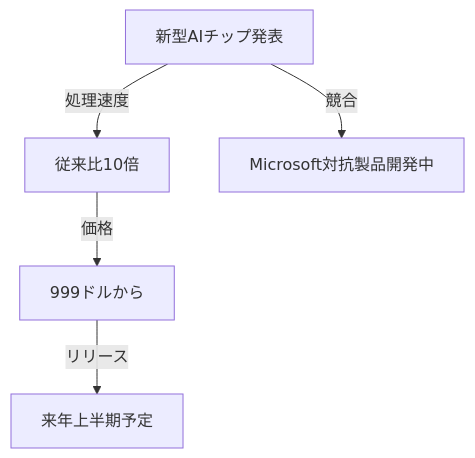
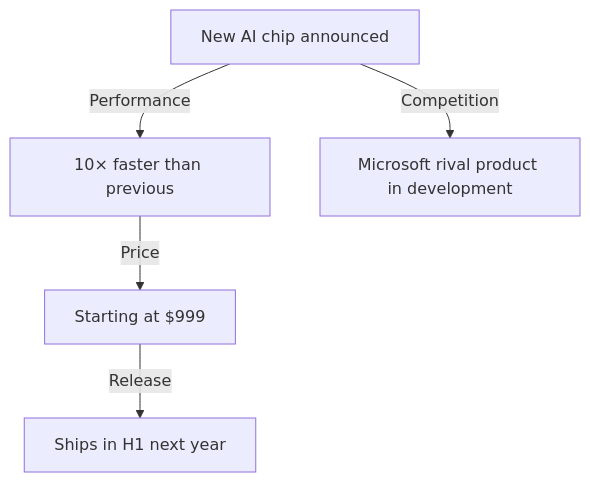
The diagram in MERMAID_ERROR_SOLUTION.md (Ken-kichi/summary-func), drawn with Mermaid before and after one commit. The commit also changed other lines of this file and 11 other files, not shown here.

````diff
--- a/MERMAID_ERROR_SOLUTION.md
+++ b/MERMAID_ERROR_SOLUTION.md
@@ -105,7 +91,7 @@
 ```mermaid
 graph TD
-    A[新型AIチップ発表] -->|処理速度| B[従来比10倍]
-    B -->|価格| C[999ドルから]
-    C -->|リリース| D[来年上半期予定]
-    A -->|競合| E[Microsoft対抗製品開発中]
+    A[New AI chip announced] -->|Performance| B[10× faster than previous]
+    B -->|Price| C[Starting at $999]
+    C -->|Release| D[Ships in H1 next year]
+    A -->|Competition| E[Microsoft rival product in development]
 ```
````
